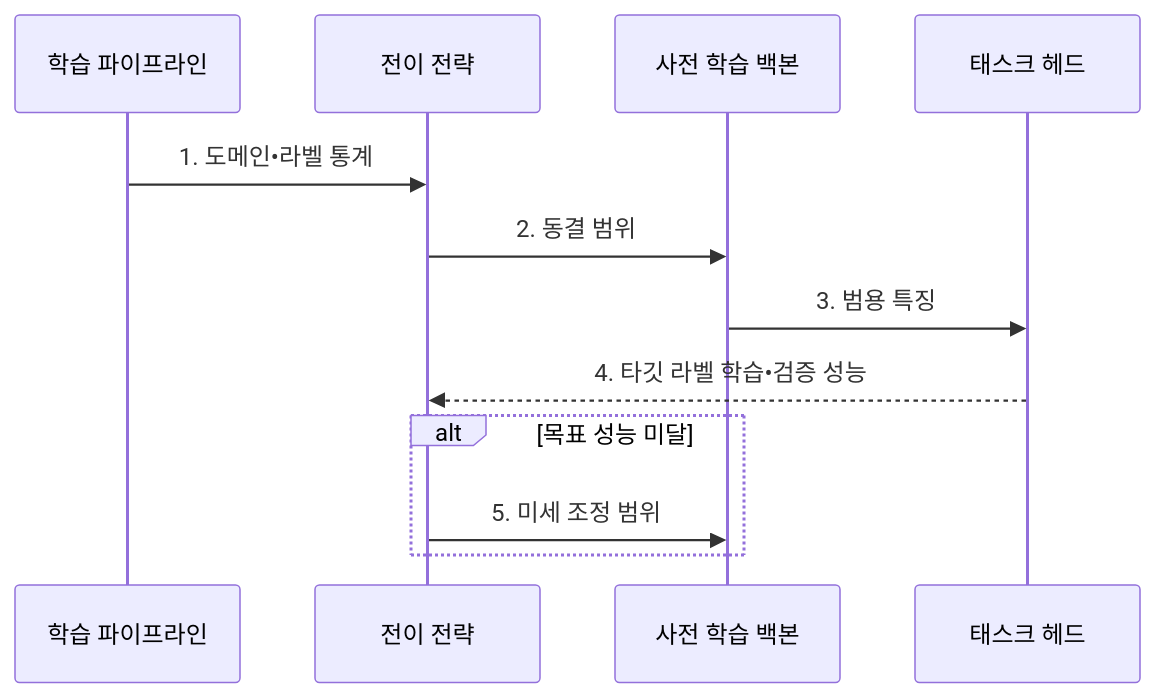
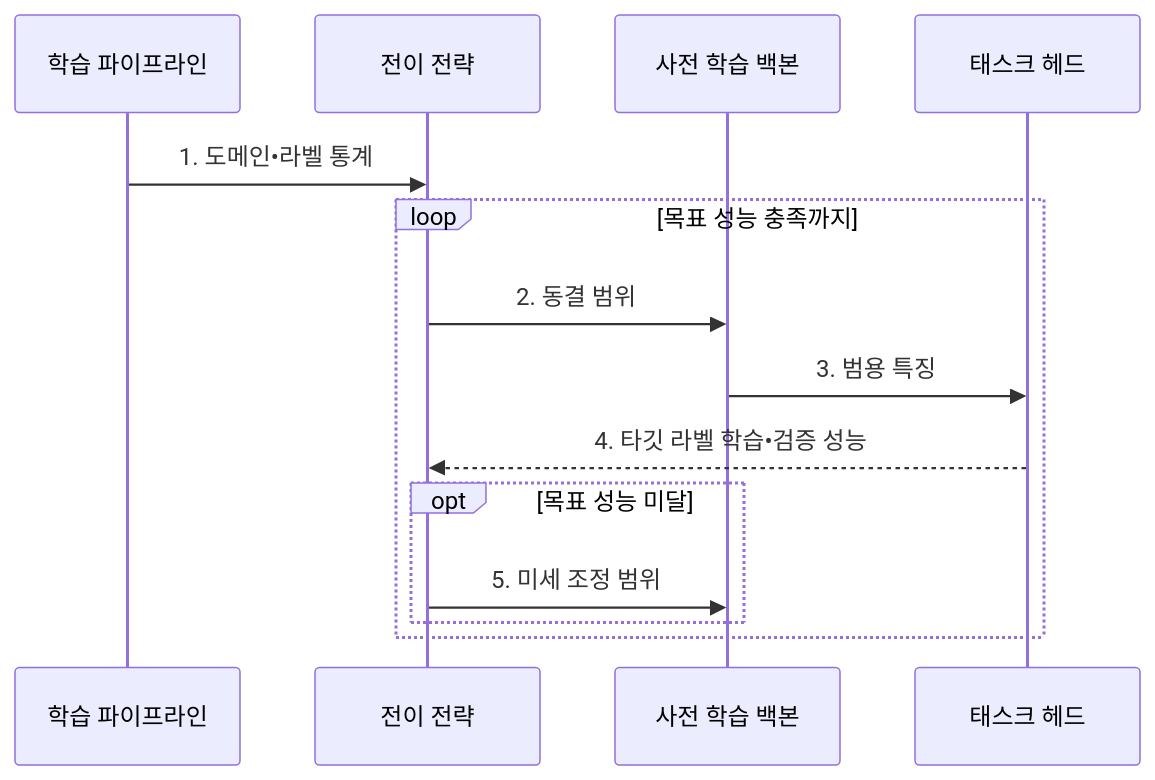
The second of 2 diagrams in src/content/docs/notes/01-basic-theory/047_transfer_learning.md (agnusdei1207/knowledge-base), drawn with Mermaid before and after one commit. The commit also changed other lines of this file and 8 other files, not shown here.

````diff
--- a/src/content/docs/notes/01-basic-theory/047_transfer_learning.md
+++ b/src/content/docs/notes/01-basic-theory/047_transfer_learning.md
@@ -99,14 +99,16 @@
 ```mermaid
 sequenceDiagram
     participant P as 학습 파이프라인
     participant F as 전이 전략
     participant B as 사전 학습 백본
     participant H as 태스크 헤드
     P->>F: 1. 도메인•라벨 통계
-    F->>B: 2. 동결 범위
-    B->>H: 3. 범용 특징
-    H-->>F: 4. 타깃 라벨 학습•검증 성능
-    alt 목표 성능 미달
-        F->>B: 5. 미세 조정 범위
+    loop 목표 성능 충족까지
+        F->>B: 2. 동결 범위
+        B->>H: 3. 범용 특징
+        H-->>F: 4. 타깃 라벨 학습•검증 성능
+        opt 목표 성능 미달
+            F->>B: 5. 미세 조정 범위
+        end
     end
 ```
````
